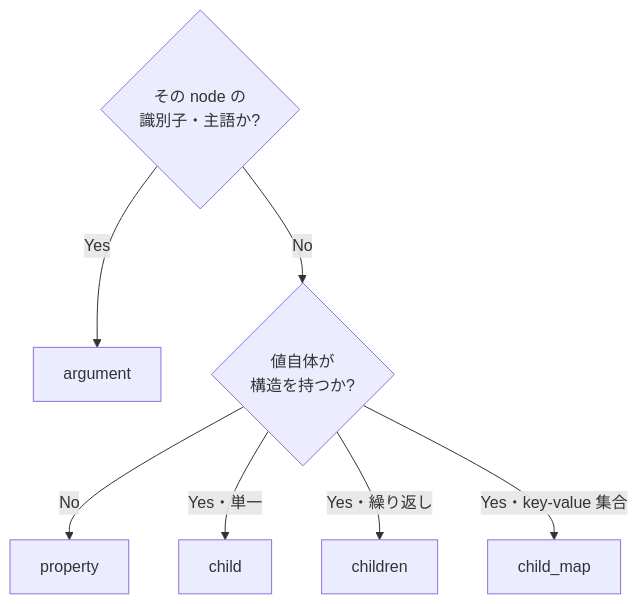
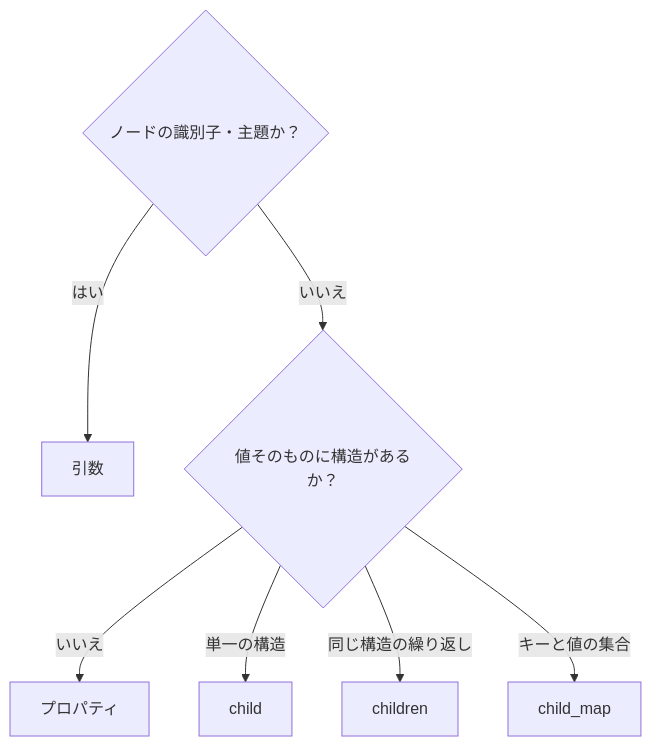
One commit to chronista-club/club-kdl changed the diagram in docs/guide/best-practices.ja.md. Above: the diagram before and after it, drawn with Mermaid. The commit also changed other lines of this file and 29 other files, not shown here.

````diff
--- a/docs/guide/best-practices.ja.md
+++ b/docs/guide/best-practices.ja.md
@@ -121,10 +117,10 @@
 ```mermaid
 flowchart TD
-    Q1{"その node の<br/>識別子・主語か?"}
-    Q1 -->|Yes| ARG[argument]
-    Q1 -->|No| Q2{"値自体が<br/>構造を持つか?"}
-    Q2 -->|No| PROP[property]
-    Q2 -->|Yes・単一| CHILD["child"]
-    Q2 -->|Yes・繰り返し| CHILDREN["children"]
-    Q2 -->|Yes・key-value 集合| CMAP["child_map"]
+    Q1{"ノードの識別子・主題か？"}
+    Q1 -->|はい| ARG[引数]
+    Q1 -->|いいえ| Q2{"値そのものに構造があるか？"}
+    Q2 -->|いいえ| PROP[プロパティ]
+    Q2 -->|単一の構造| CHILD["child"]
+    Q2 -->|同じ構造の繰り返し| CHILDREN["children"]
+    Q2 -->|キーと値の集合| CMAP["child_map"]
 ```
````
